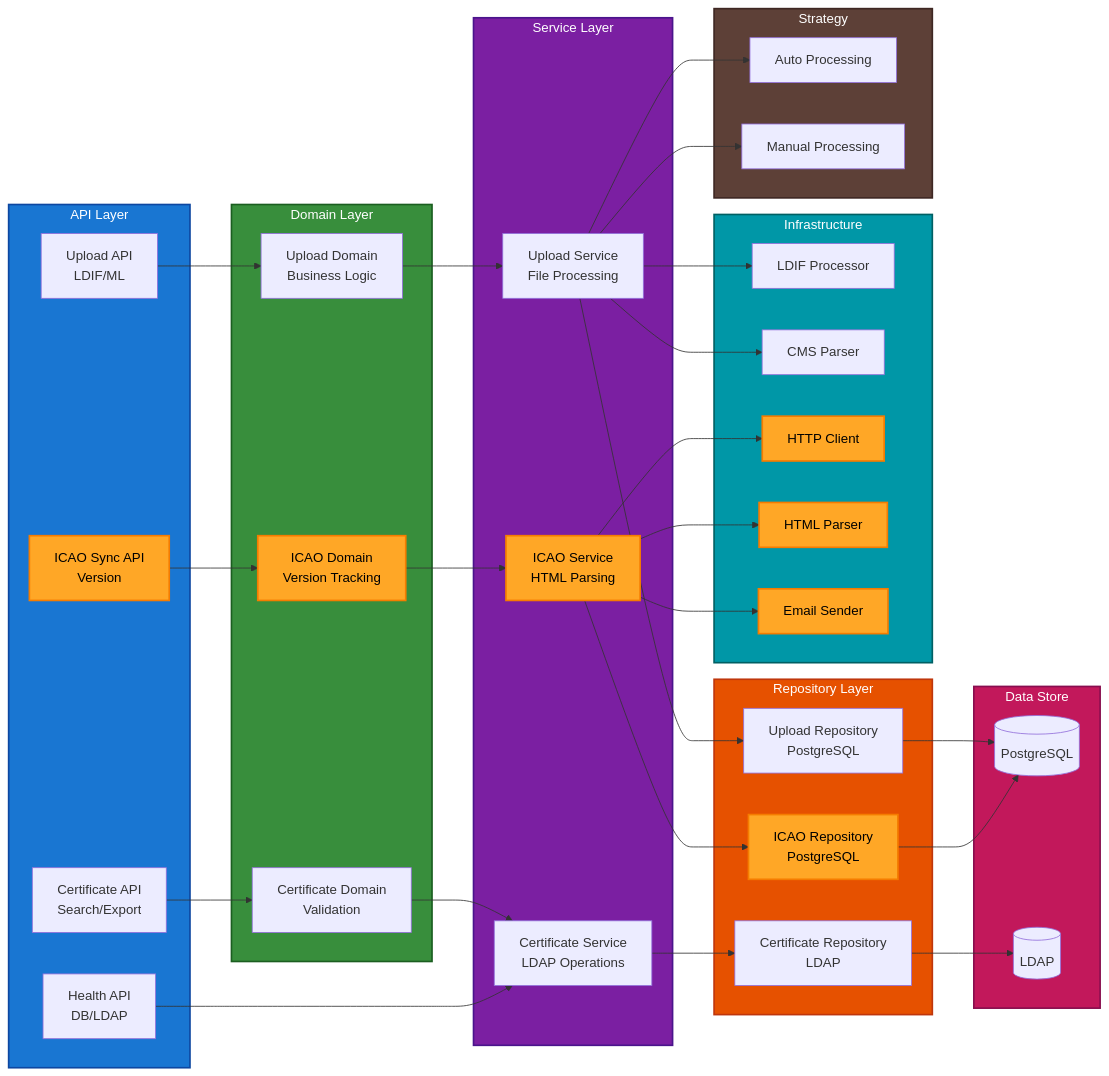
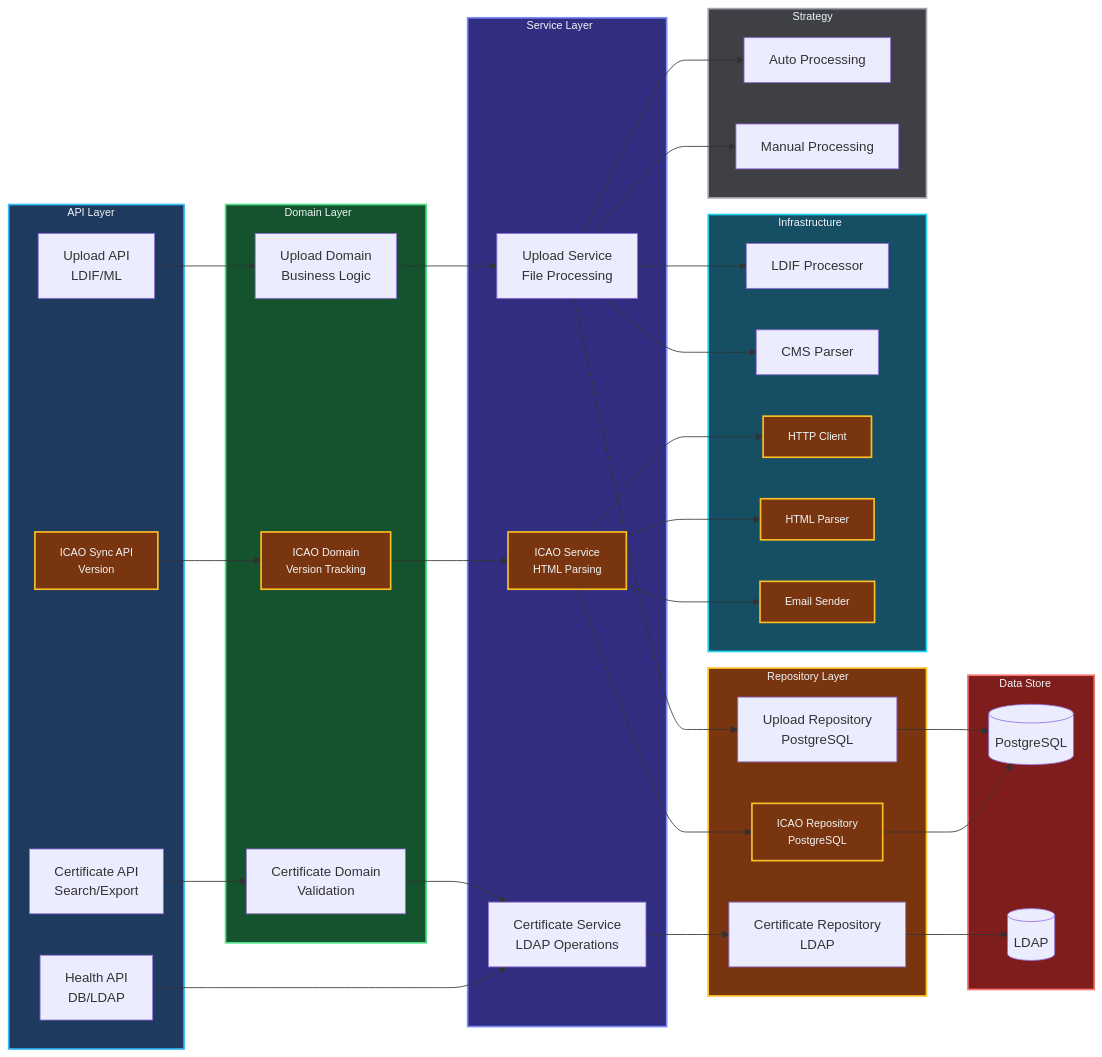
The second of 17 diagrams in docs/ARCHITECTURE.md (iland112/icao-local-pkd-cpp), drawn with Mermaid before and after one commit. The commit also changed other lines of this file and 27 other files, not shown here.

````diff
--- a/docs/ARCHITECTURE.md
+++ b/docs/ARCHITECTURE.md
@@ -287,79 +287,79 @@
 ```mermaid
 flowchart LR
     subgraph API["API Layer"]
         Upload["Upload API<br/>LDIF/ML"]
         Cert["Certificate API<br/>Search/Export"]
         Health["Health API<br/>DB/LDAP"]
         ICAO["ICAO Sync API<br/>Version"]
     end
 
     subgraph Domain["Domain Layer"]
         UploadDomain["Upload Domain<br/>Business Logic"]
         CertDomain["Certificate Domain<br/>Validation"]
         IcaoDomain["ICAO Domain<br/>Version Tracking"]
     end
 
     subgraph Service["Service Layer"]
         UploadService["Upload Service<br/>File Processing"]
         CertService["Certificate Service<br/>LDAP Operations"]
         IcaoService["ICAO Service<br/>HTML Parsing"]
     end
 
     subgraph Repo["Repository Layer"]
         UploadRepo["Upload Repository<br/>PostgreSQL"]
         CertRepo["Certificate Repository<br/>LDAP"]
         IcaoRepo["ICAO Repository<br/>PostgreSQL"]
     end
 
     subgraph Infra["Infrastructure"]
         LDIF["LDIF Processor"]
         CMS["CMS Parser"]
         HTTP["HTTP Client"]
         HTML["HTML Parser"]
         Email["Email Sender"]
     end
 
     subgraph Strategy["Strategy"]
         Auto["Auto Processing"]
         Manual["Manual Processing"]
     end
 
     subgraph Data["Data Store"]
         DB[("PostgreSQL")]
         LDAPS[("LDAP")]
     end
 
     Upload --> UploadDomain --> UploadService --> UploadRepo
     Cert --> CertDomain --> CertService --> CertRepo
     ICAO --> IcaoDomain --> IcaoService --> IcaoRepo
     Health --> CertService
 
     UploadService --> LDIF
     UploadService --> CMS
     UploadService --> Auto
     UploadService --> Manual
 
     IcaoService --> HTTP
     IcaoService --> HTML
     IcaoService --> Email
 
     UploadRepo --> DB
     CertRepo --> LDAPS
     IcaoRepo --> DB
 
-    style API fill:#1976D2,stroke:#0D47A1,stroke-width:2px,color:#fff
-    style Domain fill:#388E3C,stroke:#1B5E20,stroke-width:2px,color:#fff
-    style Service fill:#7B1FA2,stroke:#4A148C,stroke-width:2px,color:#fff
-    style Repo fill:#E65100,stroke:#BF360C,stroke-width:2px,color:#fff
-    style Infra fill:#0097A7,stroke:#006064,stroke-width:2px,color:#fff
-    style Strategy fill:#5D4037,stroke:#3E2723,stroke-width:2px,color:#fff
-    style Data fill:#C2185B,stroke:#880E4F,stroke-width:2px,color:#fff
+    style API fill:#1e3a5f,stroke:#38bdf8,stroke-width:2px,color:#f1f5f9,font-size:13px
+    style Domain fill:#14532d,stroke:#4ade80,stroke-width:2px,color:#f1f5f9,font-size:13px
+    style Service fill:#312e81,stroke:#818cf8,stroke-width:2px,color:#f1f5f9,font-size:13px
+    style Repo fill:#78350f,stroke:#fbbf24,stroke-width:2px,color:#f1f5f9,font-size:13px
+    style Infra fill:#164e63,stroke:#22d3ee,stroke-width:2px,color:#f1f5f9,font-size:13px
+    style Strategy fill:#3f3f46,stroke:#a1a1aa,stroke-width:2px,color:#f1f5f9,font-size:13px
+    style Data fill:#7f1d1d,stroke:#f87171,stroke-width:2px,color:#f1f5f9,font-size:13px
 
-    style ICAO fill:#FFA726,stroke:#F57C00,stroke-width:2px,color:#000
-    style IcaoDomain fill:#FFA726,stroke:#F57C00,stroke-width:2px,color:#000
-    style IcaoService fill:#FFA726,stroke:#F57C00,stroke-width:2px,color:#000
-    style IcaoRepo fill:#FFA726,stroke:#F57C00,stroke-width:2px,color:#000
-    style HTTP fill:#FFA726,stroke:#F57C00,stroke-width:2px,color:#000
-    style HTML fill:#FFA726,stroke:#F57C00,stroke-width:2px,color:#000
-    style Email fill:#FFA726,stroke:#F57C00,stroke-width:2px,color:#000
+    style ICAO fill:#78350f,stroke:#fbbf24,stroke-width:2px,color:#f1f5f9,font-size:13px
+    style IcaoDomain fill:#78350f,stroke:#fbbf24,stroke-width:2px,color:#f1f5f9,font-size:13px
+    style IcaoService fill:#78350f,stroke:#fbbf24,stroke-width:2px,color:#f1f5f9,font-size:13px
+    style IcaoRepo fill:#78350f,stroke:#fbbf24,stroke-width:2px,color:#f1f5f9,font-size:13px
+    style HTTP fill:#78350f,stroke:#fbbf24,stroke-width:2px,color:#f1f5f9,font-size:13px
+    style HTML fill:#78350f,stroke:#fbbf24,stroke-width:2px,color:#f1f5f9,font-size:13px
+    style Email fill:#78350f,stroke:#fbbf24,stroke-width:2px,color:#f1f5f9,font-size:13px
 ```
````
